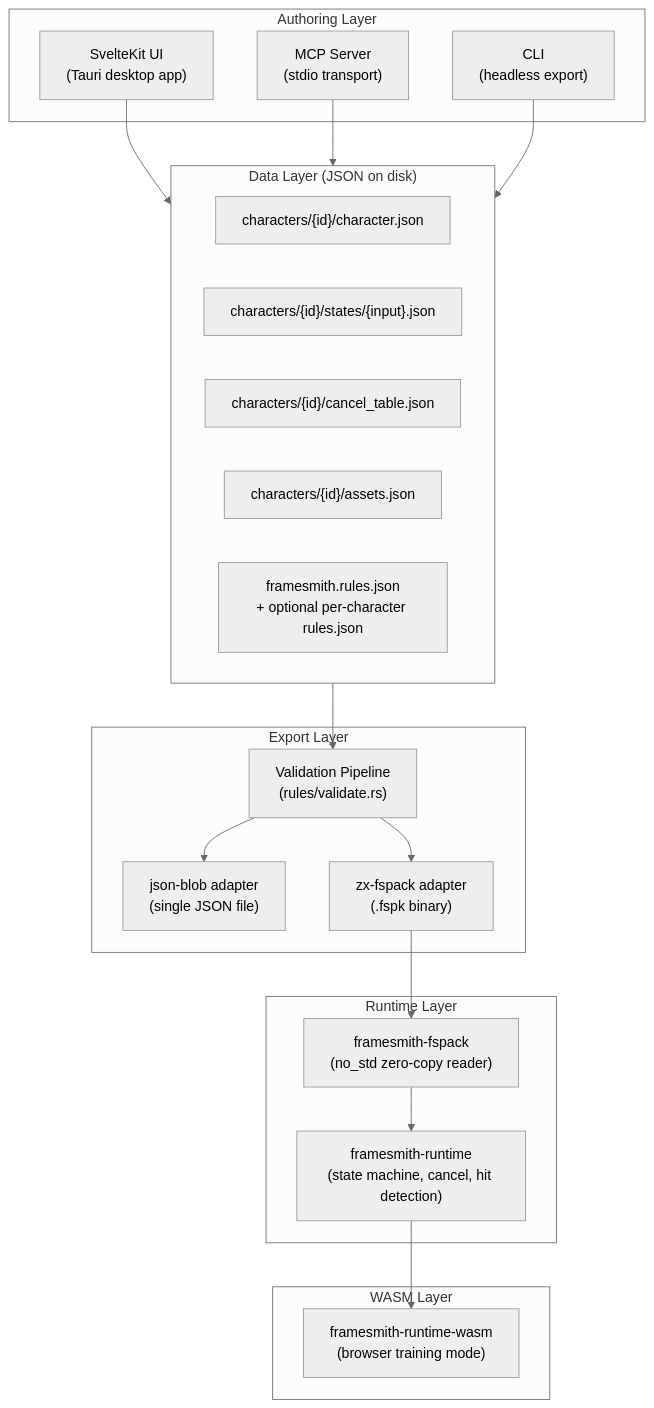
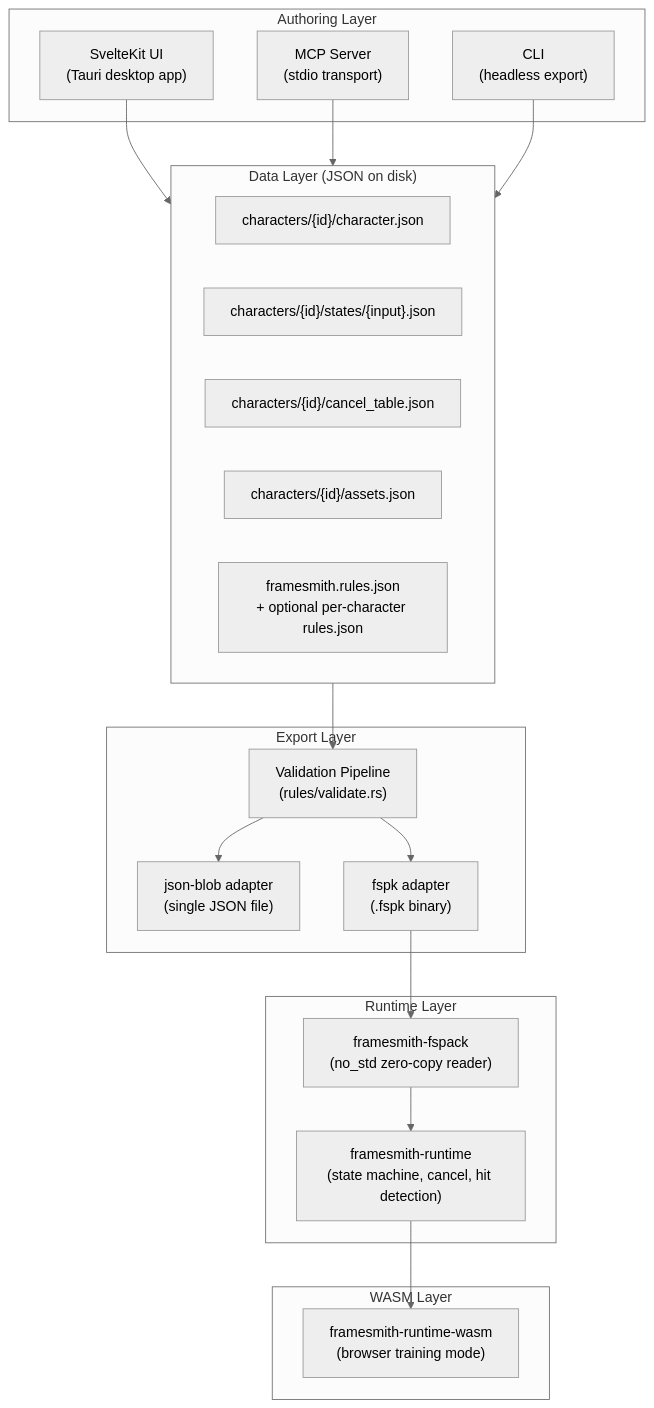
The first of 2 diagrams in docs/architecture.md (RobDavenport/framesmith), drawn with Mermaid (neutral theme) before and after one commit. The commit also changed other lines of this file and 108 other files, not shown here.

````diff
--- a/docs/architecture.md
+++ b/docs/architecture.md
@@ -10,41 +10,41 @@
 ```mermaid
 flowchart TD
     subgraph Authoring ["Authoring Layer"]
         UI["SvelteKit UI\n(Tauri desktop app)"]
         MCP["MCP Server\n(stdio transport)"]
         CLI["CLI\n(headless export)"]
     end
 
     subgraph Data ["Data Layer (JSON on disk)"]
         CHAR["characters/{id}/character.json"]
         STATES["characters/{id}/states/{input}.json"]
         CANCEL["characters/{id}/cancel_table.json"]
         ASSETS["characters/{id}/assets.json"]
         RULES["framesmith.rules.json\n+ optional per-character rules.json"]
     end
 
     subgraph Export ["Export Layer"]
         VAL["Validation Pipeline\n(rules/validate.rs)"]
         JB["json-blob adapter\n(single JSON file)"]
-        FSPK["zx-fspack adapter\n(.fspk binary)"]
+        FSPK["fspk adapter\n(.fspk binary)"]
     end
 
     subgraph Runtime ["Runtime Layer"]
         READER["framesmith-fspack\n(no_std zero-copy reader)"]
         RT["framesmith-runtime\n(state machine, cancel, hit detection)"]
     end
 
     subgraph WASM ["WASM Layer"]
         RTWASM["framesmith-runtime-wasm\n(browser training mode)"]
     end
 
     UI --> Data
     MCP --> Data
     CLI --> Data
     Data --> VAL
     VAL --> JB
     VAL --> FSPK
     FSPK --> READER
     READER --> RT
     RT --> RTWASM
 ```
````
